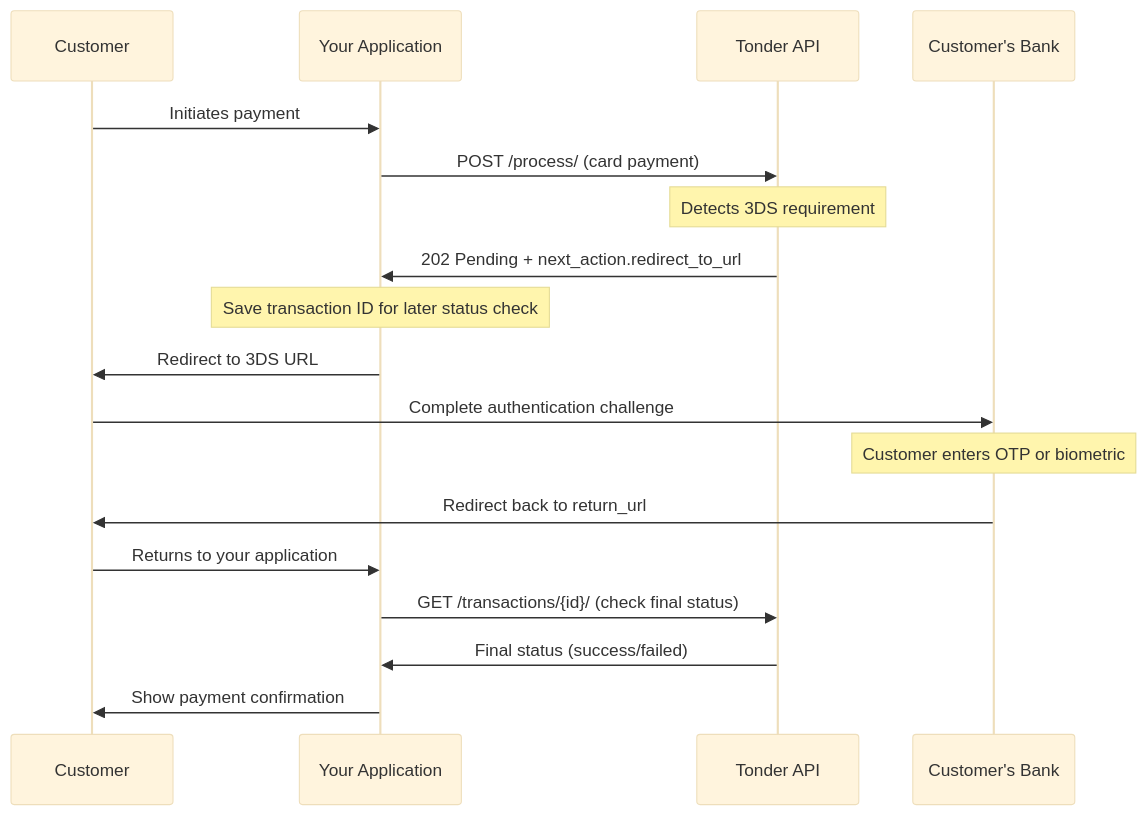
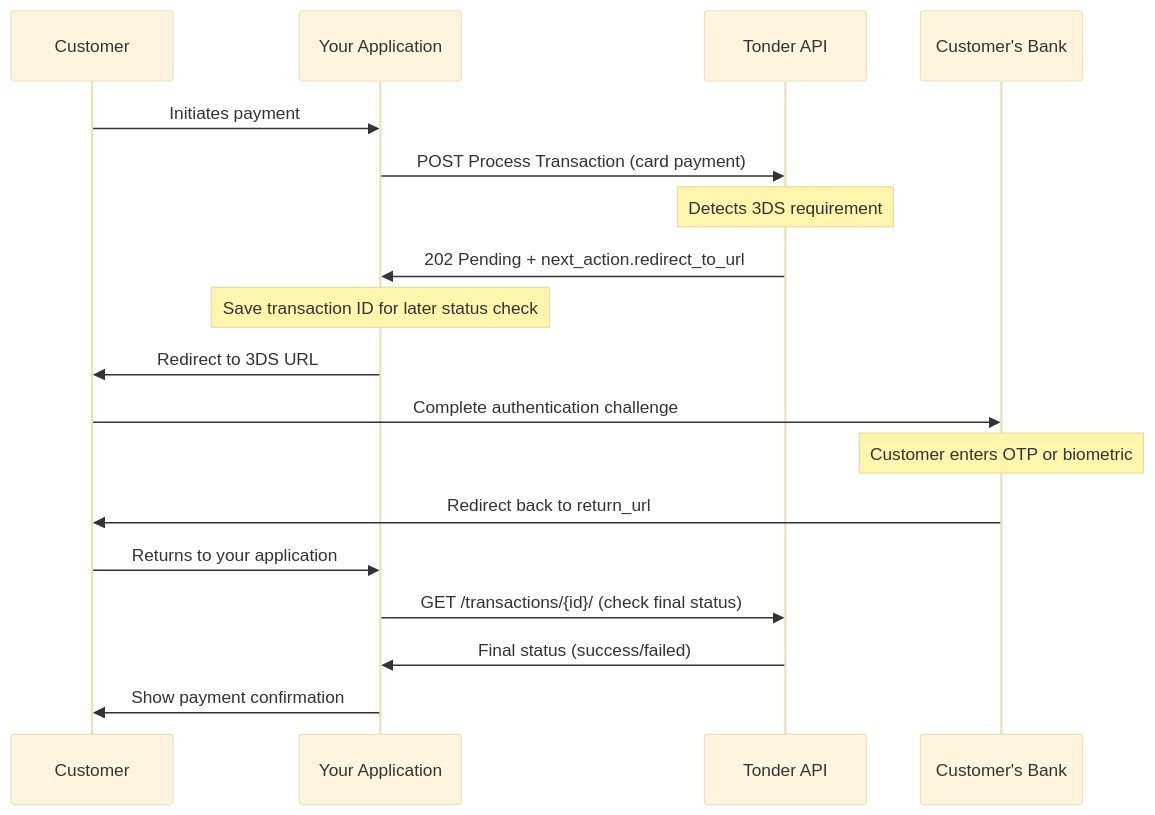
Before and after one commit to tonderio/tonder-docs-v3: the diagram in direct-integration/guides/create-payments/create-a-payment-with-3ds.mdx, drawn with Mermaid (base theme). The commit also changed other lines of this file and 22 other files, not shown here.

````diff
--- a/direct-integration/guides/create-payments/create-a-payment-with-3ds.mdx
+++ b/direct-integration/guides/create-payments/create-a-payment-with-3ds.mdx
@@ -15,29 +15,29 @@
 ```mermaid
 sequenceDiagram
     participant User as Customer
     participant App as Your Application
     participant Tonder as Tonder API
     participant Bank as Customer's Bank
     
     User->>App: Initiates payment
-    App->>Tonder: POST /process/ (card payment)
+    App->>Tonder: POST Process Transaction (card payment)
     
     Note over Tonder: Detects 3DS requirement
     
     Tonder->>App: 202 Pending + next_action.redirect_to_url
     
     Note over App: Save transaction ID for later status check
     
     App->>User: Redirect to 3DS URL
     User->>Bank: Complete authentication challenge
     
     Note over Bank: Customer enters OTP or biometric
     
     Bank->>User: Redirect back to return_url
     User->>App: Returns to your application
     
     App->>Tonder: GET /transactions/{id}/ (check final status)
     Tonder->>App: Final status (success/failed)
     
     App->>User: Show payment confirmation
 ```
````
